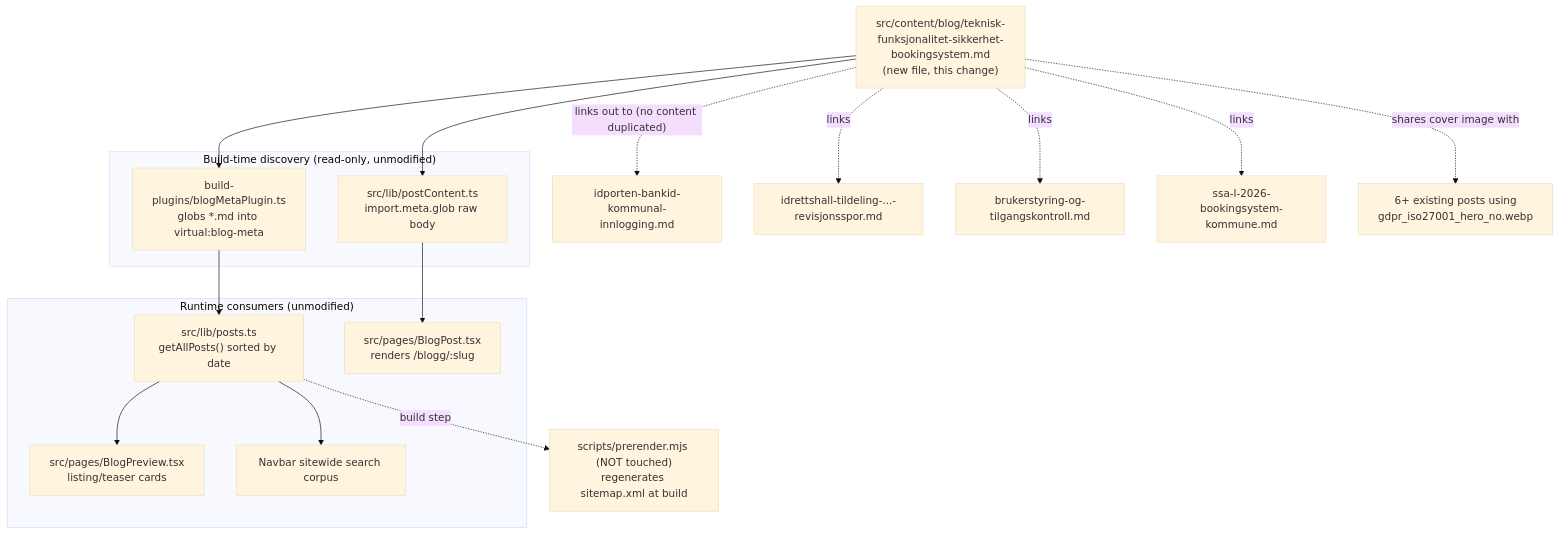
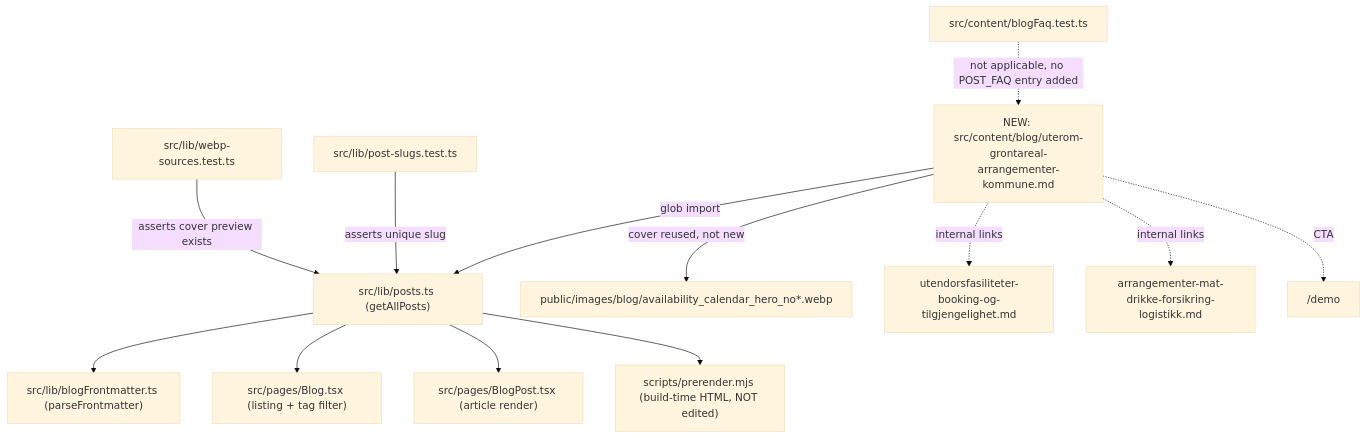
The diagram in AGENT-SPEC.md (Xala-Technologies/booking-brilliance), drawn with Mermaid (base theme) before and after one commit. The commit also changed other lines of this file and 4 other files, not shown here.

Commit message:
feat(XAL-1140): add uterom og grøntareal for arrangementer blog post

````diff
--- a/AGENT-SPEC.md
+++ b/AGENT-SPEC.md
@@ -120,30 +120,15 @@
 ```mermaid
 flowchart TD
-    MD["src/content/blog/teknisk-funksjonalitet-sikkerhet-bookingsystem.md<br/>(new file, this change)"]
-
-    subgraph BuildTime["Build-time discovery (read-only, unmodified)"]
-        Plugin["build-plugins/blogMetaPlugin.ts<br/>globs *.md into virtual:blog-meta"]
-        RawGlob["src/lib/postContent.ts<br/>import.meta.glob raw body"]
-    end
-
-    subgraph Runtime["Runtime consumers (unmodified)"]
-        PostsTS["src/lib/posts.ts<br/>getAllPosts() sorted by date"]
-        BlogPost["src/pages/BlogPost.tsx<br/>renders /blogg/:slug"]
-        BlogPreview["src/pages/BlogPreview.tsx<br/>listing/teaser cards"]
-        Search["Navbar sitewide search corpus"]
-    end
-
-    Prerender["scripts/prerender.mjs (NOT touched)<br/>regenerates sitemap.xml at build"]
-
-    MD --> Plugin --> PostsTS
-    MD --> RawGlob --> BlogPost
-    PostsTS --> BlogPreview
-    PostsTS --> Search
-    PostsTS -.build step.-> Prerender
-
-    MD -. "links out to (no content duplicated)" .-> A["idporten-bankid-kommunal-innlogging.md"]
-    MD -. links .-> B["idrettshall-tildeling-...-revisjonsspor.md"]
-    MD -. links .-> C["brukerstyring-og-tilgangskontroll.md"]
-    MD -. links .-> D["ssa-l-2026-bookingsystem-kommune.md"]
-    MD -. "shares cover image with" .-> E["6+ existing posts using<br/>gdpr_iso27001_hero_no.webp"]
+    MD["NEW: src/content/blog/uterom-grontareal-arrangementer-kommune.md"] -->|glob import| Posts["src/lib/posts.ts (getAllPosts)"]
+    Posts --> FM["src/lib/blogFrontmatter.ts (parseFrontmatter)"]
+    Posts --> BlogPage["src/pages/Blog.tsx (listing + tag filter)"]
+    Posts --> PostPage["src/pages/BlogPost.tsx (article render)"]
+    Posts --> Prerender["scripts/prerender.mjs (build-time HTML, NOT edited)"]
+    MD -->|cover reused, not new| Cover["public/images/blog/availability_calendar_hero_no*.webp"]
+    MD -.->|internal links| Sibling1["utendorsfasiliteter-booking-og-tilgjengelighet.md"]
+    MD -.->|internal links| Sibling2["arrangementer-mat-drikke-forsikring-logistikk.md"]
+    MD -.->|CTA| Demo["/demo"]
+    TestSlug["src/lib/post-slugs.test.ts"] -->|asserts unique slug| Posts
+    TestWebp["src/lib/webp-sources.test.ts"] -->|asserts cover preview exists| Posts
+    TestFaq["src/content/blogFaq.test.ts"] -.->|not applicable, no POST_FAQ entry added| MD
 ```
````
